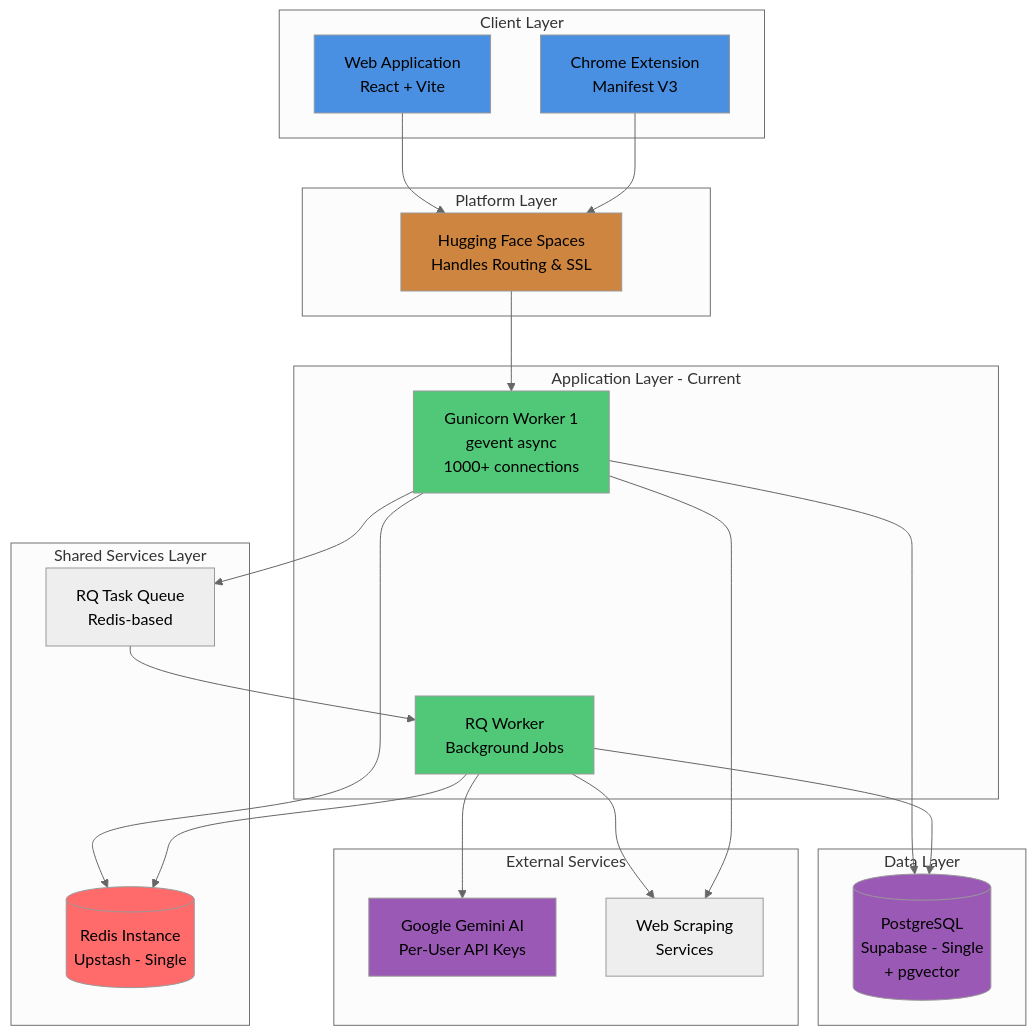
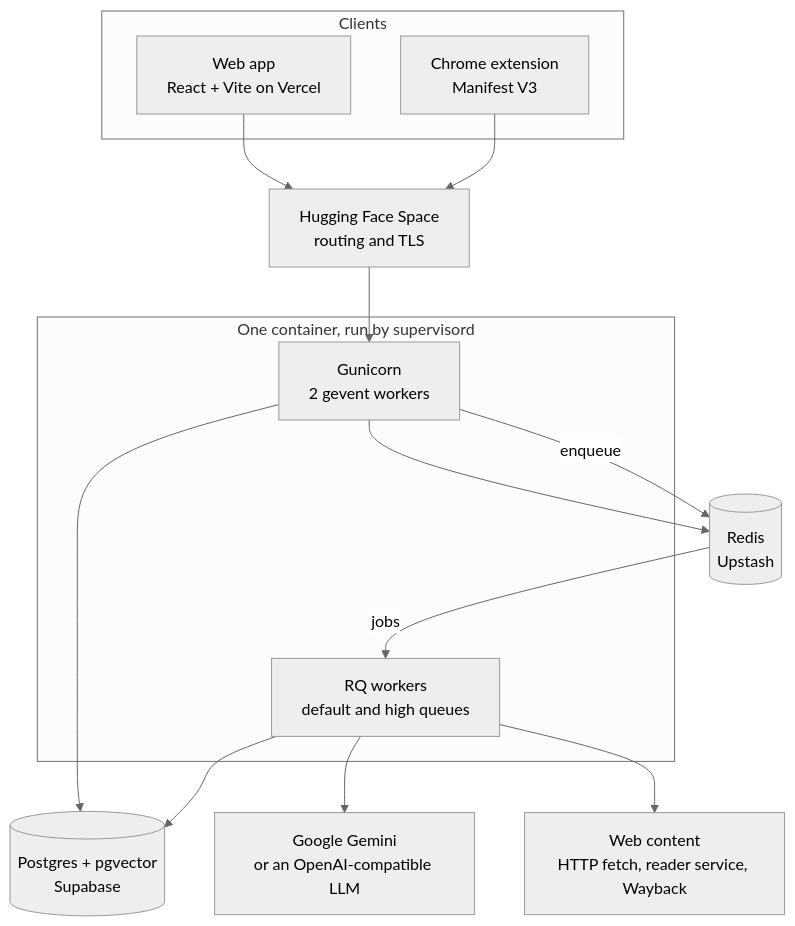
Before and after one commit to Ujjwaljain16/Fuze: the first of 6 diagrams in docs/ARCHITECTURE.md, drawn with Mermaid (neutral theme). The commit also changed other lines of this file and 12 other files, not shown here.

Commit message:
docs: rewrite architecture, optimizations and user flows to match the code; replace the finished intent-engine plan with a recommendations guide and one decision record

````diff
--- a/docs/ARCHITECTURE.md
+++ b/docs/ARCHITECTURE.md
@@ -59,57 +43,30 @@
 ```mermaid
 graph TB
-    subgraph "Client Layer"
-        WebApp[Web Application<br/>React + Vite]
-        Extension[Chrome Extension<br/>Manifest V3]
+    subgraph "Clients"
+        WebApp[Web app<br/>React + Vite on Vercel]
+        Extension[Chrome extension<br/>Manifest V3]
     end
-    
-    subgraph "Platform Layer"
-        Platform[Hugging Face Spaces<br/>Handles Routing & SSL]
+
+    Platform[Hugging Face Space<br/>routing and TLS]
+
+    subgraph "One container, run by supervisord"
+        Web[Gunicorn<br/>2 gevent workers]
+        RQ[RQ workers<br/>default and high queues]
     end
-    
-    subgraph "Application Layer - Current"
-        Worker1[Gunicorn Worker 1<br/>gevent async<br/>1000+ connections]
-        RQWorker[RQ Worker<br/>Background Jobs]
-    end
-    
-    subgraph "Shared Services Layer"
-        Redis[(Redis Instance<br/>Upstash - Single)]
-        Queue[RQ Task Queue<br/>Redis-based]
-    end
-    
-    subgraph "Data Layer"
-        PostgreSQL[(PostgreSQL<br/>Supabase - Single<br/>+ pgvector)]
-    end
-    
-    subgraph "External Services"
-        Gemini[Google Gemini AI<br/>Per-User API Keys]
-        WebContent[Web Scraping<br/>Services]
-    end
-    
+
+    Redis[(Redis<br/>Upstash)]
+    PG[(Postgres + pgvector<br/>Supabase)]
+    Gemini[Google Gemini<br/>or an OpenAI-compatible LLM]
+    Web_[Web content<br/>HTTP fetch, reader service, Wayback]
+
     WebApp --> Platform
     Extension --> Platform
-    
-    Platform --> Worker1
-    
-    Worker1 --> Redis
-    Worker1 --> PostgreSQL
-    
-    Worker1 --> Queue
-    Queue --> RQWorker
-    
-    RQWorker --> Redis
-    RQWorker --> PostgreSQL
-    RQWorker --> Gemini
-    RQWorker --> WebContent
-    
-    Worker1 --> WebContent
-    
-    style WebApp fill:#4a90e2
-    style Extension fill:#4a90e2
-    style Platform fill:#cd853f
-    style Worker1 fill:#50c878
-    style RQWorker fill:#50c878
-    style Redis fill:#ff6b6b
-    style PostgreSQL fill:#9b59b6
-    style Gemini fill:#9b59b6
+    Platform --> Web
+    Web --> Redis
+    Web --> PG
+    Web -->|enqueue| Redis
+    Redis -->|jobs| RQ
+    RQ --> PG
+    RQ --> Gemini
+    RQ --> Web_
 ```
````
